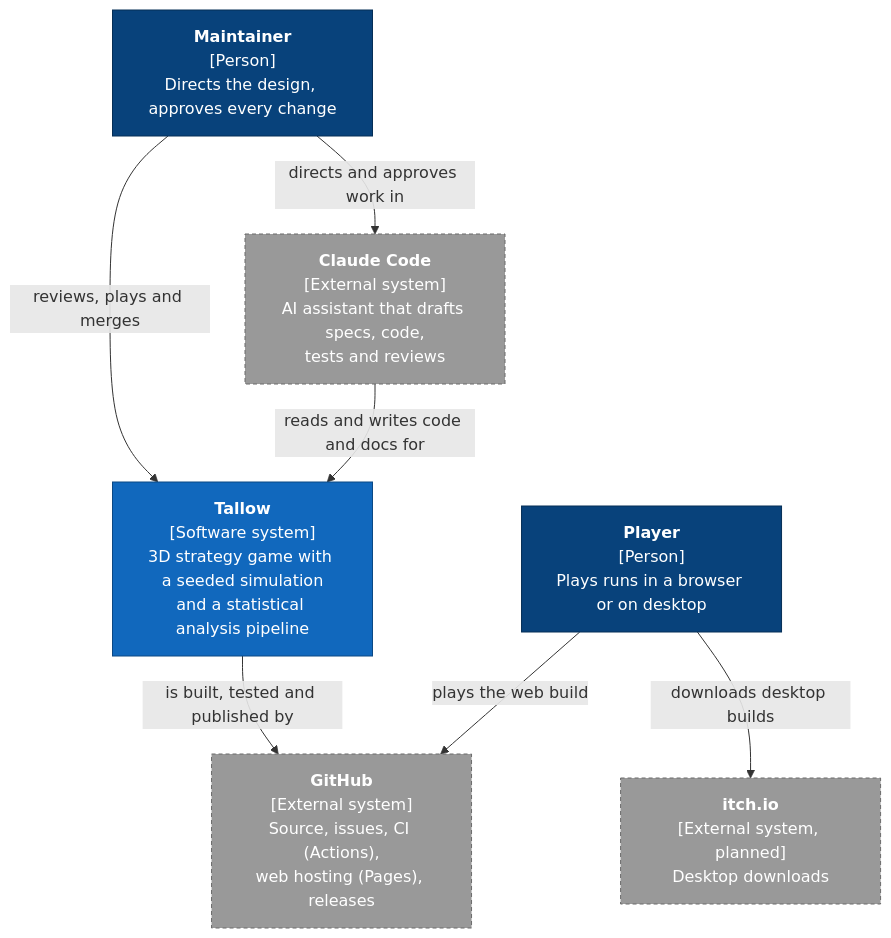
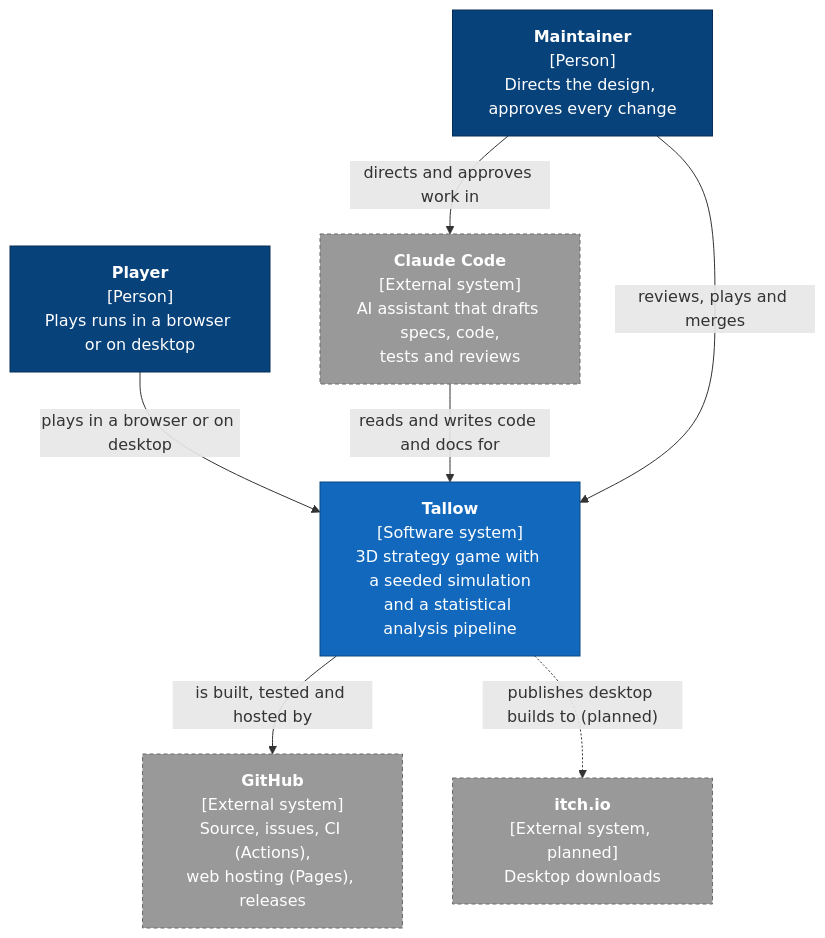
The first of 7 diagrams in docs/architecture/overview.md (Huntling94/tallow), drawn with Mermaid before and after one commit. The commit also changed other lines of this file and 12 other files, not shown here.

````diff
--- a/docs/architecture/overview.md
+++ b/docs/architecture/overview.md
@@ -26,25 +28,25 @@
 ```mermaid
 flowchart TB
     player["<b>Player</b><br/>[Person]<br/>Plays runs in a browser or on desktop"]
     maintainer["<b>Maintainer</b><br/>[Person]<br/>Directs the design, approves every change"]
 
     tallow["<b>Tallow</b><br/>[Software system]<br/>3D strategy game with a seeded simulation<br/>and a statistical analysis pipeline"]
 
     claude["<b>Claude Code</b><br/>[External system]<br/>AI assistant that drafts specs, code,<br/>tests and reviews"]
     github["<b>GitHub</b><br/>[External system]<br/>Source, issues, CI (Actions),<br/>web hosting (Pages), releases"]
     itch["<b>itch.io</b><br/>[External system, planned]<br/>Desktop downloads"]
 
-    player -- "plays the web build" --> github
-    player -- "downloads desktop builds" --> itch
+    player -- "plays in a browser or on desktop" --> tallow
     maintainer -- "directs and approves work in" --> claude
     claude -- "reads and writes code and docs for" --> tallow
     maintainer -- "reviews, plays and merges" --> tallow
-    tallow -- "is built, tested and published by" --> github
+    tallow -- "is built, tested and hosted by" --> github
+    tallow -. "publishes desktop builds to (planned)" .-> itch
 
     classDef person fill:#08427b,color:#fff,stroke:#052e56
     classDef system fill:#1168bd,color:#fff,stroke:#0b4884
     classDef external fill:#999,color:#fff,stroke:#6b6b6b,stroke-dasharray:4 3
     class player,maintainer person
     class tallow system
     class claude,github,itch external
 ```
````
